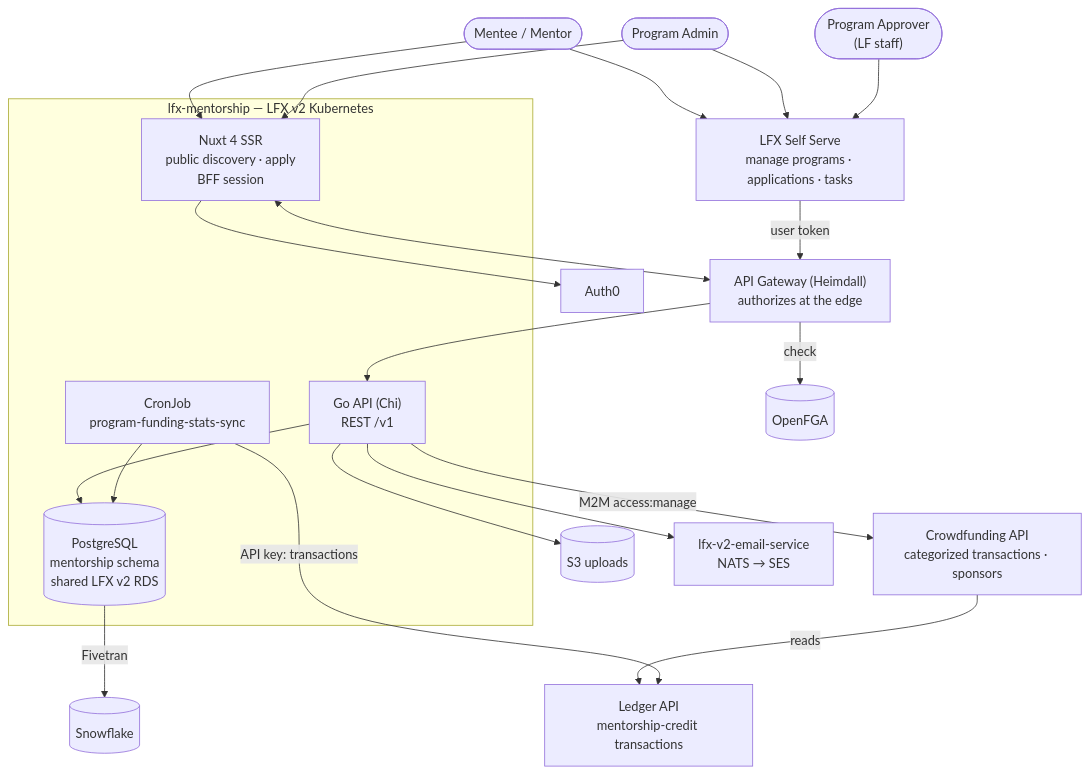
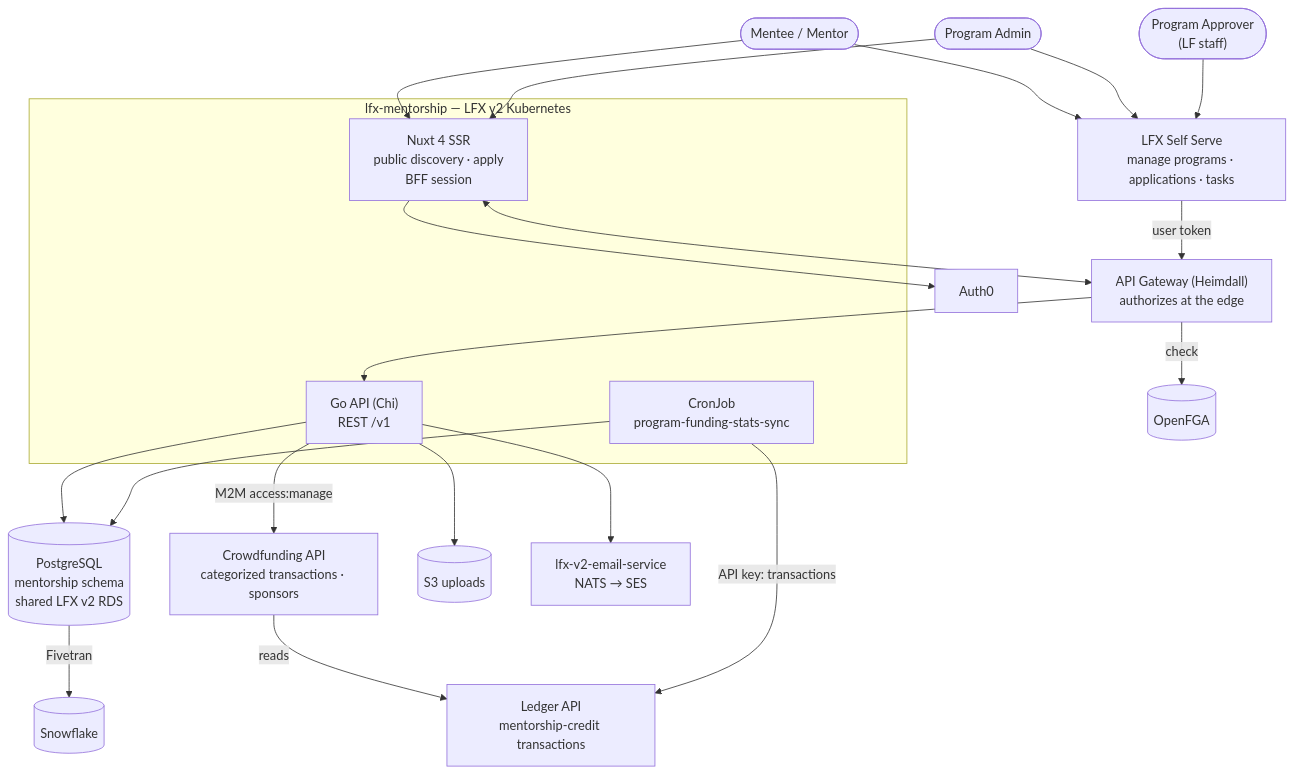
One commit to linuxfoundation/lfx-mentorship changed the diagram in ARCHITECTURE.md. Above: the diagram before and after it, drawn with Mermaid. The commit also changed other lines of this file, not shown here.

````diff
--- a/ARCHITECTURE.md
+++ b/ARCHITECTURE.md
@@ -48,40 +48,41 @@
 ```mermaid
 flowchart TB
     USERS(["Mentee / Mentor"])
     ADMIN(["Program Admin"])
     APPROVER(["Program Approver<br/>(LF staff)"])
 
     HEIMDALL["API Gateway (Heimdall)<br/>authorizes at the edge"]
     FGA[("OpenFGA")]
 
     subgraph K8S["lfx-mentorship — LFX v2 Kubernetes"]
         NUXT["Nuxt 4 SSR<br/>public discovery · apply<br/>BFF session"]
         API["Go API (Chi)<br/>REST /v1"]
-        PG[("PostgreSQL<br/>mentorship schema<br/>shared LFX v2 RDS")]
         CRON["CronJob<br/>program-funding-stats-sync"]
     end
+
+    PG[("PostgreSQL<br/>mentorship schema<br/>shared LFX v2 RDS")]
 
     SS["LFX Self Serve<br/>manage programs · applications · tasks"]
     AUTH0["Auth0"]
     LEDGER["Ledger API<br/>mentorship-credit transactions"]
     CF["Crowdfunding API<br/>categorized transactions · sponsors"]
     S3[("S3 uploads")]
     EMAIL["lfx-v2-email-service<br/>NATS → SES"]
     SF[("Snowflake")]
 
     USERS & ADMIN --> NUXT
     USERS & ADMIN & APPROVER --> SS
     NUXT <--> HEIMDALL
     NUXT --> AUTH0
     SS -- "user token" --> HEIMDALL
     HEIMDALL -- "check" --> FGA
     HEIMDALL --> API
     API --> PG
     API --> S3
     API --> EMAIL
     API -- "M2M access:manage" --> CF
     CF -- "reads" --> LEDGER
     CRON -- "API key: transactions" --> LEDGER
     CRON --> PG
     PG -- "Fivetran" --> SF
 ```
````
